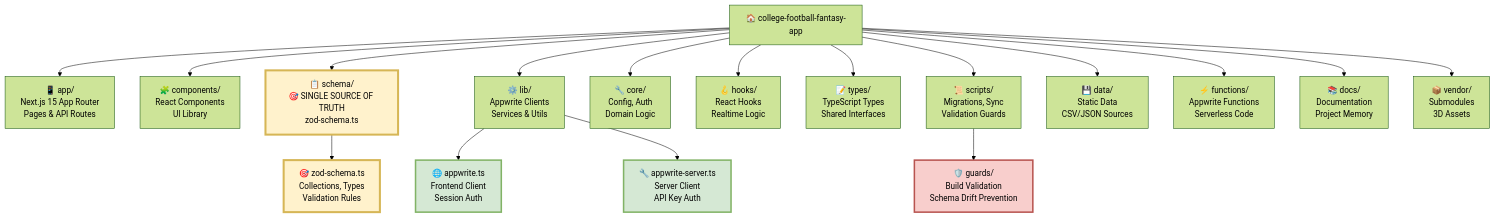
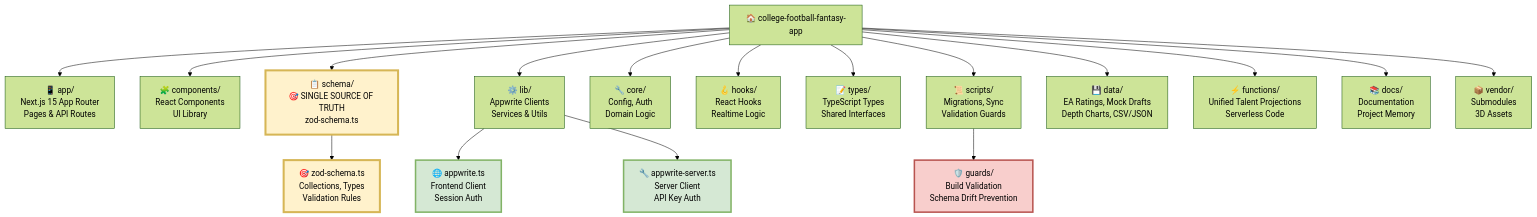
Before and after one commit to kpm34/college-football-fantasy-app: the first of 3 diagrams in PROJECT_MAP.md, drawn with Mermaid (forest theme). The commit also changed other lines of this file and 1 other file, not shown here.

First line of the commit message:
docs: update authentication flow with OAuth integration; enhance talent projections documentation

````diff
--- a/PROJECT_MAP.md
+++ b/PROJECT_MAP.md
@@ -11,37 +12,37 @@
 ```mermaid
 graph TD
     ROOT[🏠 college-football-fantasy-app]
     
     %% Core Application
     ROOT --> APP[📱 app/<br/>Next.js 15 App Router<br/>Pages & API Routes]
     ROOT --> COMPONENTS[🧩 components/<br/>React Components<br/>UI Library]
     ROOT --> SCHEMA[📋 schema/<br/>🎯 SINGLE SOURCE OF TRUTH<br/>zod-schema.ts]
     
     %% Configuration & Services  
     ROOT --> LIB[⚙️ lib/<br/>Appwrite Clients<br/>Services & Utils]
     ROOT --> CORE[🔧 core/<br/>Config, Auth<br/>Domain Logic]
     ROOT --> HOOKS[🪝 hooks/<br/>React Hooks<br/>Realtime Logic]
     ROOT --> TYPES[📝 types/<br/>TypeScript Types<br/>Shared Interfaces]
     
     %% Data & Scripts
     ROOT --> SCRIPTS[📜 scripts/<br/>Migrations, Sync<br/>Validation Guards]
-    ROOT --> DATA[💾 data/<br/>Static Data<br/>CSV/JSON Sources]
-    ROOT --> FUNCTIONS[⚡ functions/<br/>Appwrite Functions<br/>Serverless Code]
+    ROOT --> DATA[💾 data/<br/>EA Ratings, Mock Drafts<br/>Depth Charts, CSV/JSON]
+    ROOT --> FUNCTIONS[⚡ functions/<br/>Unified Talent Projections<br/>Serverless Code]
     
     %% Documentation & Deployment
     ROOT --> DOCS[📚 docs/<br/>Documentation<br/>Project Memory]
     ROOT --> VENDOR[📦 vendor/<br/>Submodules<br/>3D Assets]
     
     %% Key Files Detail
     SCHEMA --> SSOT[🎯 zod-schema.ts<br/>Collections, Types<br/>Validation Rules]
     LIB --> FRONTEND[🌐 appwrite.ts<br/>Frontend Client<br/>Session Auth]
     LIB --> BACKEND[🔧 appwrite-server.ts<br/>Server Client<br/>API Key Auth]
     SCRIPTS --> GUARDS[🛡️ guards/<br/>Build Validation<br/>Schema Drift Prevention]
     
     %% Styling
     style SCHEMA fill:#fff2cc,stroke:#d6b656,stroke-width:4px,color:#000000
     style SSOT fill:#fff2cc,stroke:#d6b656,stroke-width:4px,color:#000000
     style GUARDS fill:#f8cecc,stroke:#b85450,stroke-width:3px,color:#000000
     style FRONTEND fill:#d5e8d4,stroke:#82b366,stroke-width:3px,color:#000000
     style BACKEND fill:#d5e8d4,stroke:#82b366,stroke-width:3px,color:#000000
 ```
````
